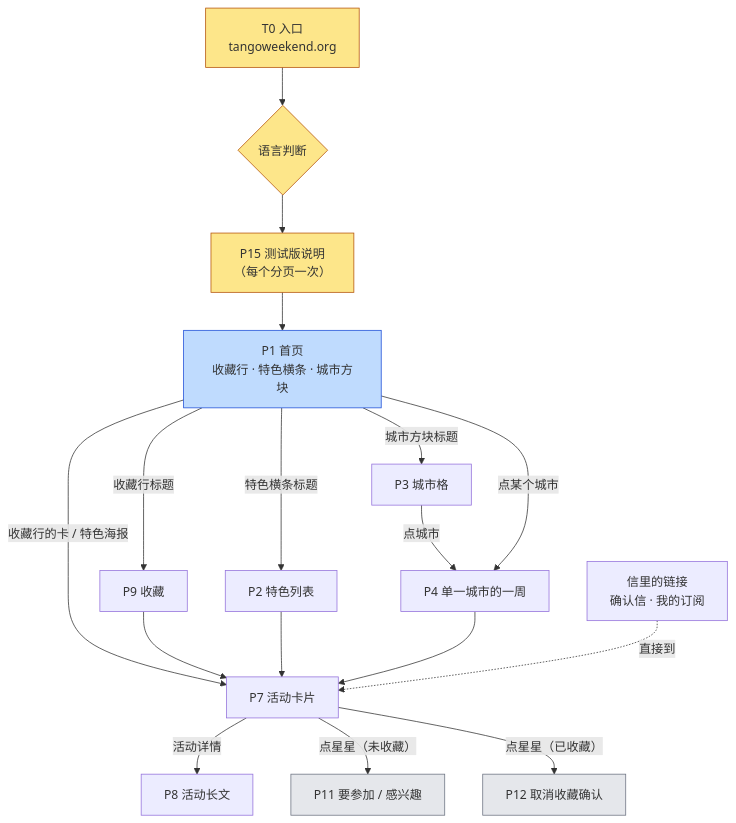
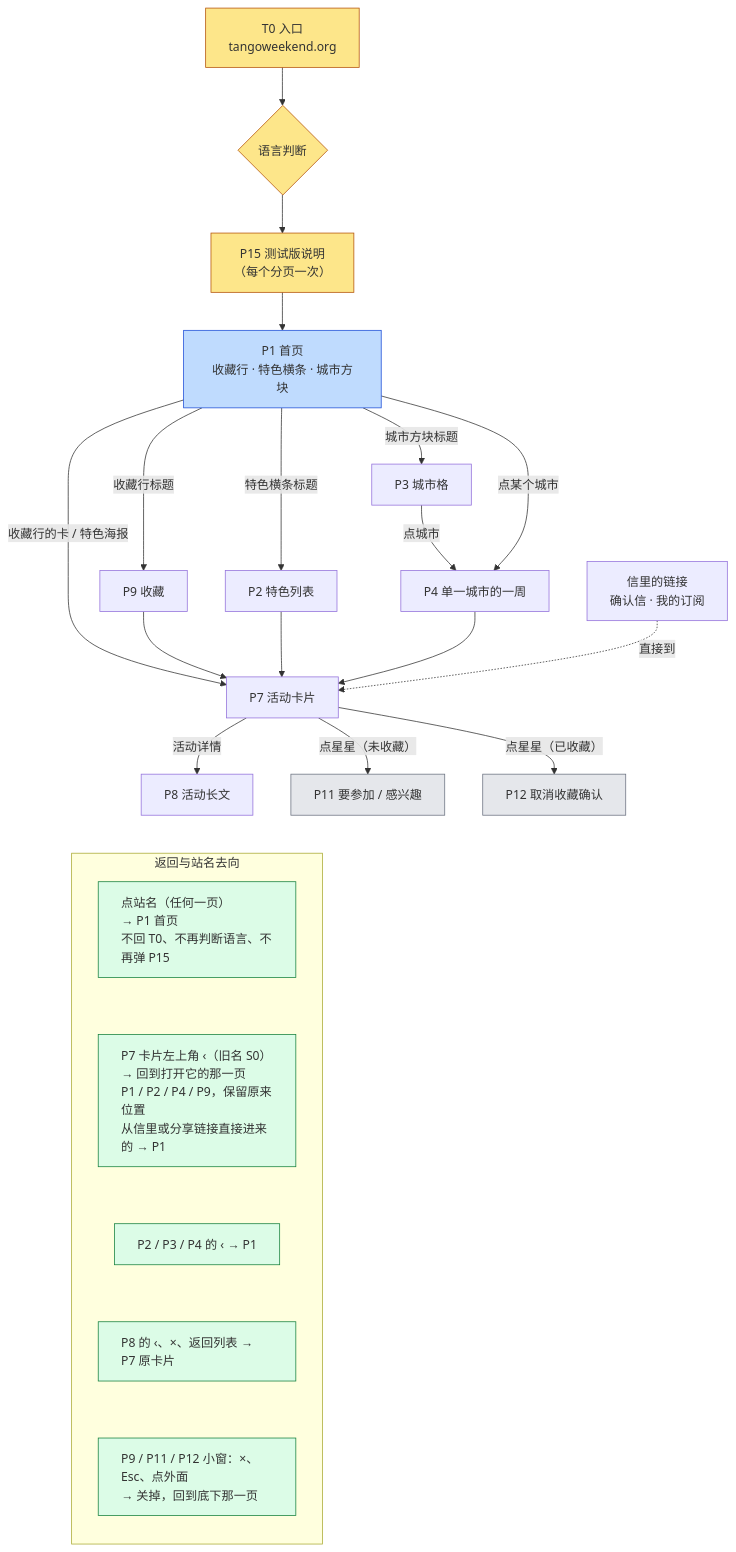
Before and after one commit to Shiao64/my1: the first of 2 diagrams in docs/atm-navigation-interaction-spec.md, drawn with Mermaid. The commit also changed other lines of this file and 1 other file, not shown here.

Commit message:
Show where the site title and the card back go.
The diagram and the return-rules section now include the site title, the old S0 control, and the sheet closes.

````diff
--- a/docs/atm-navigation-interaction-spec.md
+++ b/docs/atm-navigation-interaction-spec.md
@@ -169,23 +169,34 @@
 ```mermaid
 flowchart TB
   T0["T0 入口<br/>tangoweekend.org"] --> L{"语言判断"}
   L --> N["P15 测试版说明<br/>（每个分页一次）"]
   N --> P1["P1 首页<br/>收藏行 · 特色横条 · 城市方块"]
   P1 -->|收藏行标题| P9["P9 收藏"]
   P1 -->|特色横条标题| P2["P2 特色列表"]
   P1 -->|城市方块标题| P3["P3 城市格"]
   P3 -->|点城市| P4["P4 单一城市的一周"]
   P1 -->|点某个城市| P4
   P1 -->|收藏行的卡 / 特色海报| P7
   P9 --> P7["P7 活动卡片"]
   P2 --> P7
   P4 --> P7
   P7 -->|活动详情| P8["P8 活动长文"]
   P7 -->|点星星（未收藏）| P11["P11 要参加 / 感兴趣"]
   P7 -->|点星星（已收藏）| P12["P12 取消收藏确认"]
   M["信里的链接<br/>确认信 · 我的订阅"] -.->|直接到| P7
+  subgraph B["返回与站名去向"]
+    direction TB
+    B1["点站名（任何一页）<br/>→ P1 首页<br/>不回 T0、不再判断语言、不再弹 P15"]
+    B2["P7 卡片左上角 ‹（旧名 S0）<br/>→ 回到打开它的那一页<br/>P1 / P2 / P4 / P9，保留原来位置<br/>从信里或分享链接直接进来的 → P1"]
+    B3["P2 / P3 / P4 的 ‹ → P1"]
+    B4["P8 的 ‹、×、返回列表 → P7 原卡片"]
+    B5["P9 / P11 / P12 小窗：×、Esc、点外面<br/>→ 关掉，回到底下那一页"]
+    B1 ~~~ B2 ~~~ B3 ~~~ B4 ~~~ B5
+  end
+  P8 ~~~ B
   classDef entry fill:#fde68a,stroke:#b45309;
   classDef home fill:#bfdbfe,stroke:#1d4ed8;
   classDef sheet fill:#e5e7eb,stroke:#6b7280;
-  class T0,L,N entry; class P1 home; class P11,P12 sheet;
+  classDef back fill:#dcfce7,stroke:#15803d,text-align:left;
+  class T0,L,N entry; class P1 home; class P11,P12 sheet; class B1,B2,B3,B4,B5 back;
 ```
````
